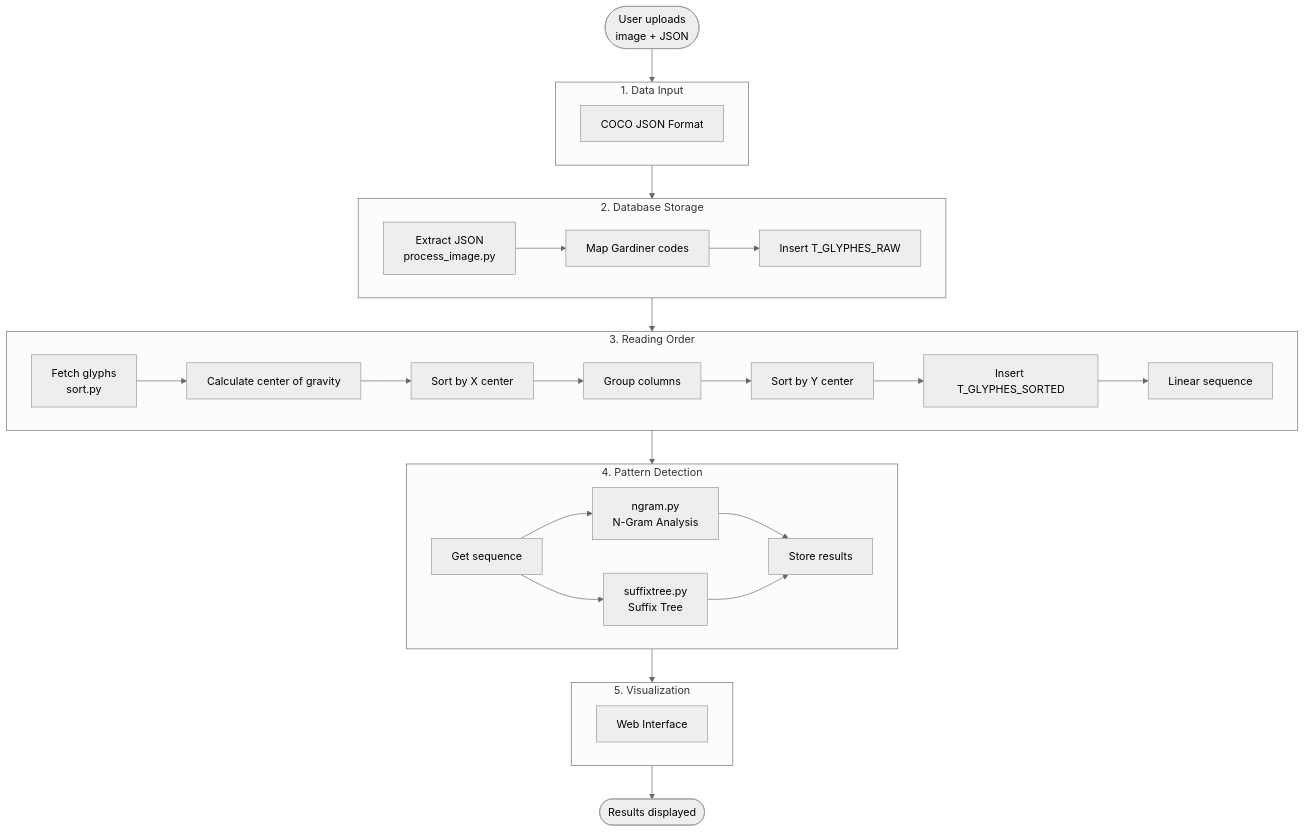
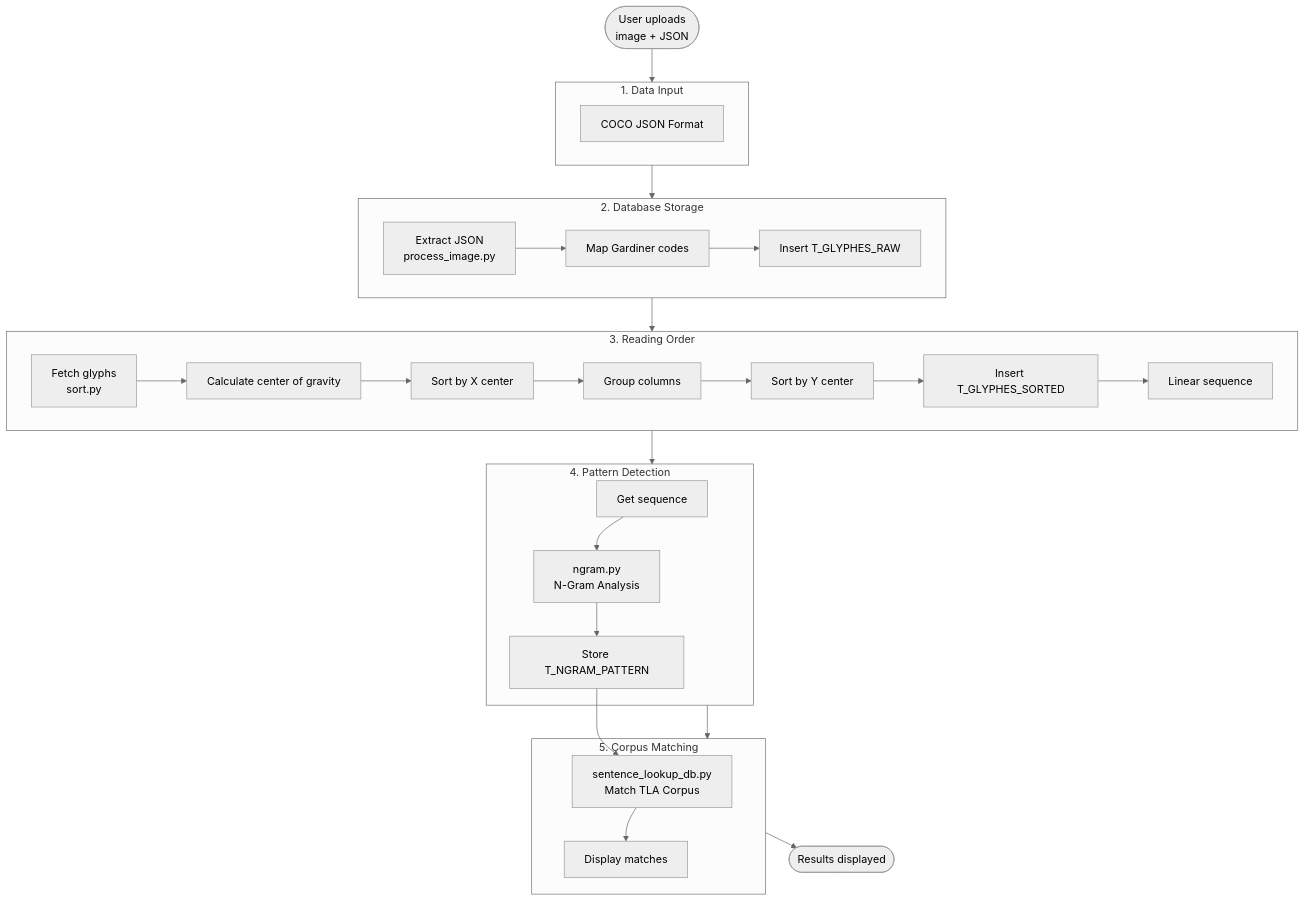
Before and after one commit to Philipp1305/hieroglyphic-pattern-analyzer: the second of 3 diagrams in README.md, drawn with Mermaid (neutral theme). The commit also changed other lines of this file, not shown here.

````diff
--- a/README.md
+++ b/README.md
@@ -102,51 +109,52 @@
 ```mermaid
 flowchart TD
     Start([User uploads<br/>image + JSON]) --> Stage1
     
     subgraph Stage1["1. Data Input"]
         JSON[COCO JSON Format]
     end
     
     Stage1 --> Stage2
     
     subgraph Stage2["2. Database Storage"]
         Extract[Extract JSON<br/>process_image.py]
         Map[Map Gardiner codes]
         InsertRaw[Insert T_GLYPHES_RAW]
         Extract --> Map --> InsertRaw
     end
     
     Stage2 --> Stage3
     
     subgraph Stage3["3. Reading Order"]
         Fetch[Fetch glyphs<br/>sort.py]
         CalcCenter[Calculate center of gravity]
         SortX[Sort by X center]
         GroupCol[Group columns]
         SortY[Sort by Y center]
         InsertSort[Insert T_GLYPHES_SORTED]
         Linear[Linear sequence]
         
         Fetch --> CalcCenter --> SortX --> GroupCol --> SortY --> InsertSort --> Linear
     end
     
     Stage3 --> Stage4
     
     subgraph Stage4["4. Pattern Detection"]
         Retrieve[Get sequence]
         NGram[ngram.py<br/>N-Gram Analysis]
-        Suffix[suffixtree.py<br/>Suffix Tree]
-        Store[Store results]
+        StorePattern[Store T_NGRAM_PATTERN]
         
-        Retrieve --> NGram --> Store
-        Retrieve --> Suffix --> Store
+        Retrieve --> NGram --> StorePattern
     end
     
     Stage4 --> Stage5
     
-    subgraph Stage5["5. Visualization"]
-        Display[Web Interface]
+    subgraph Stage5["5. Corpus Matching"]
+        LookupSent[sentence_lookup_db.py<br/>Match TLA Corpus]
+        Display[Display matches]
+        
+        StorePattern --> LookupSent --> Display
     end
     
     Stage5 --> End([Results displayed])
 ```
````
